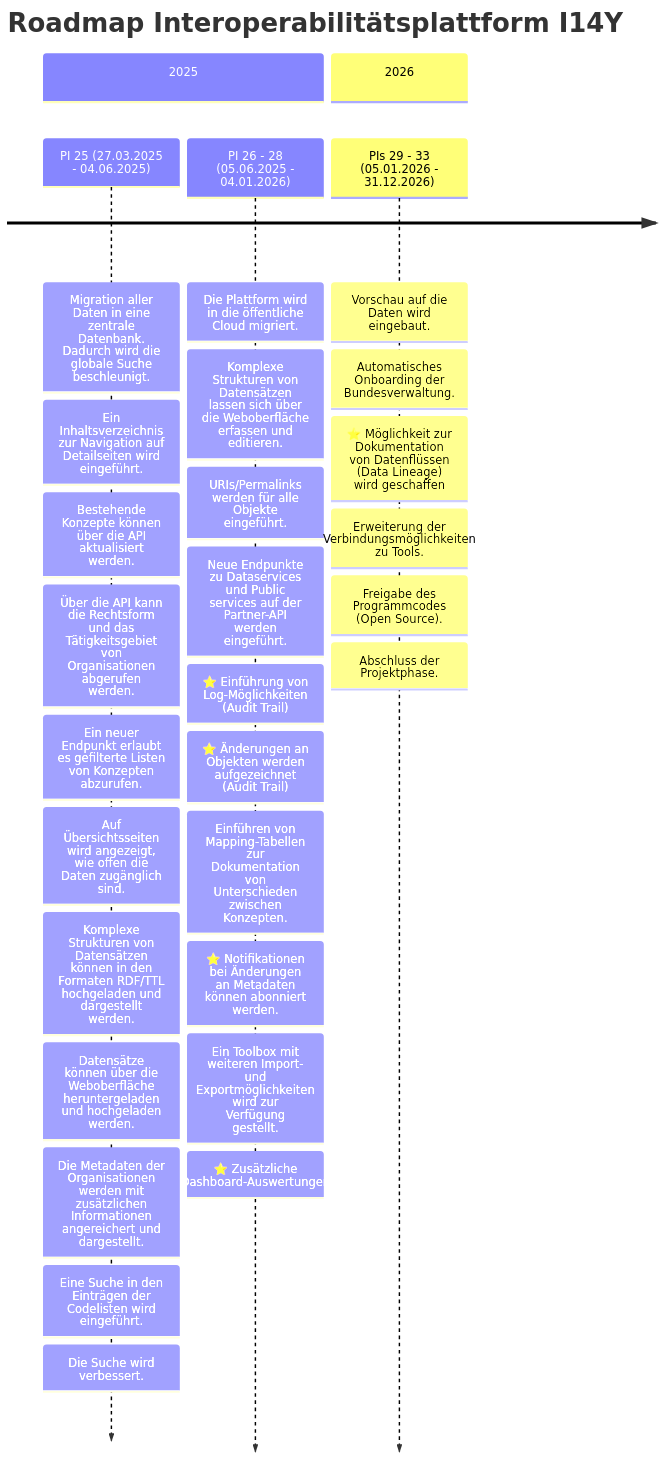
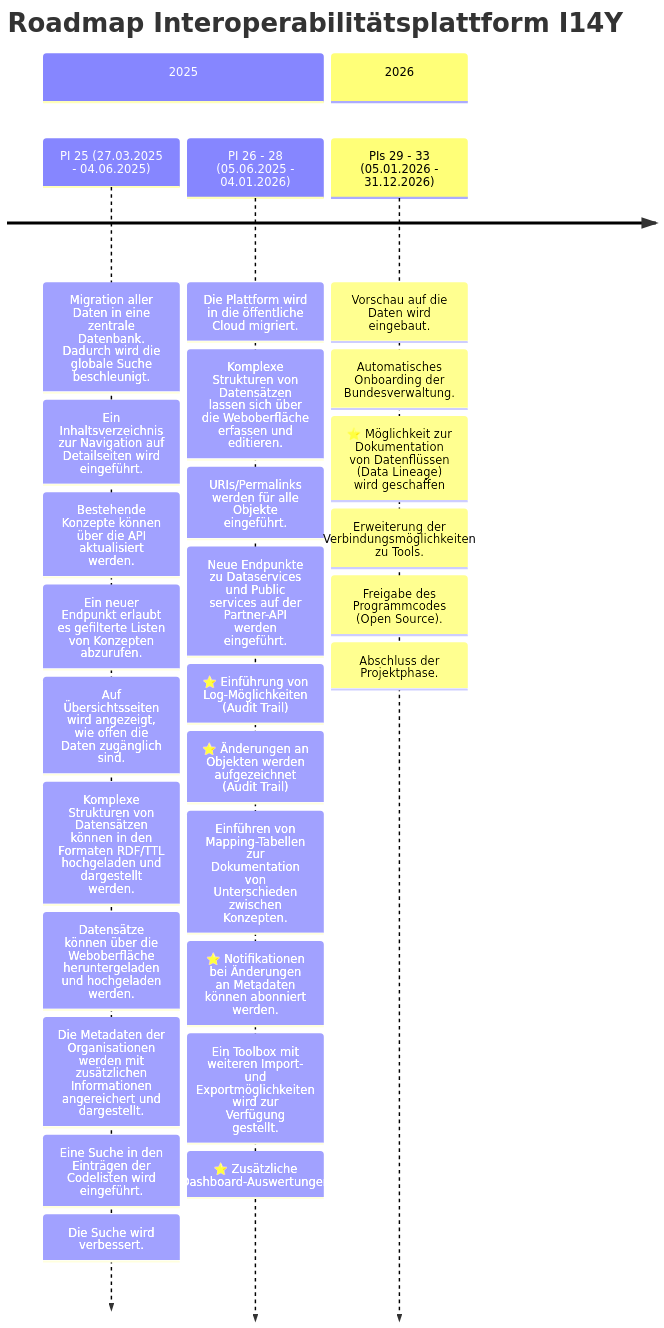
One commit to I14Y-ch/handbook changed the diagram in content/de/plattform/roadmap.md. Above: the diagram before and after it, drawn with Mermaid.

```diff
--- a/content/de/plattform/roadmap.md
+++ b/content/de/plattform/roadmap.md
@@ -21,39 +21,38 @@
 {{< mermaid width="650px" >}}
 timeline
     title Roadmap Interoperabilitätsplattform I14Y
     
     section 2025
         PI 25 (27.03.2025 - 04.06.2025)
         : Migration aller Daten in eine zentrale Datenbank. Dadurch wird die globale Suche beschleunigt.
         : Ein Inhaltsverzeichnis zur Navigation auf Detailseiten wird eingeführt.
         : Bestehende Konzepte können über die API aktualisiert werden.
-        : Über die API kann die Rechtsform und das Tätigkeitsgebiet von Organisationen abgerufen werden.
         : Ein neuer Endpunkt erlaubt es gefilterte Listen von Konzepten abzurufen.
         : Auf Übersichtsseiten wird angezeigt, wie offen die Daten zugänglich sind. 
         : Komplexe Strukturen von Datensätzen können in den Formaten RDF/TTL hochgeladen und dargestellt werden. 
         : Datensätze können über die Weboberfläche heruntergeladen und hochgeladen werden.
         : Die Metadaten der Organisationen werden mit zusätzlichen Informationen angereichert und dargestellt.
         : Eine Suche in den Einträgen der Codelisten wird eingeführt.
         : Die Suche wird verbessert.
         
         PI 26 - 28 (05.06.2025 - 04.01.2026)
         : Die Plattform wird in die öffentliche Cloud migriert.
         : Komplexe Strukturen von Datensätzen lassen sich über die Weboberfläche erfassen und editieren.
         : URIs/Permalinks werden für alle Objekte eingeführt.
         : Neue Endpunkte zu Dataservices und Public services auf der Partner-API werden eingeführt.
         : ⭐ Einführung von Log-Möglichkeiten (Audit Trail)
         : ⭐ Änderungen an Objekten werden aufgezeichnet (Audit Trail)
         : Einführen von Mapping-Tabellen zur Dokumentation von Unterschieden zwischen Konzepten.
         : ⭐ Notifikationen bei Änderungen an Metadaten können abonniert werden.
         : Ein Toolbox mit weiteren Import- und Exportmöglichkeiten wird zur Verfügung gestellt.
         : ⭐ Zusätzliche Dashboard-Auswertungen
   
     section 2026
         PIs 29 - 33 (05.01.2026 - 31.12.2026)
         : Vorschau auf die Daten wird eingebaut.
         : Automatisches Onboarding der Bundesverwaltung.
         : ⭐ Möglichkeit zur Dokumentation von Datenflüssen (Data Lineage) wird geschaffen
         : Erweiterung der Verbindungsmöglichkeiten zu Tools.
         : Freigabe des Programmcodes (Open Source).
         : Abschluss der Projektphase.
 {{< /mermaid >}}
```
